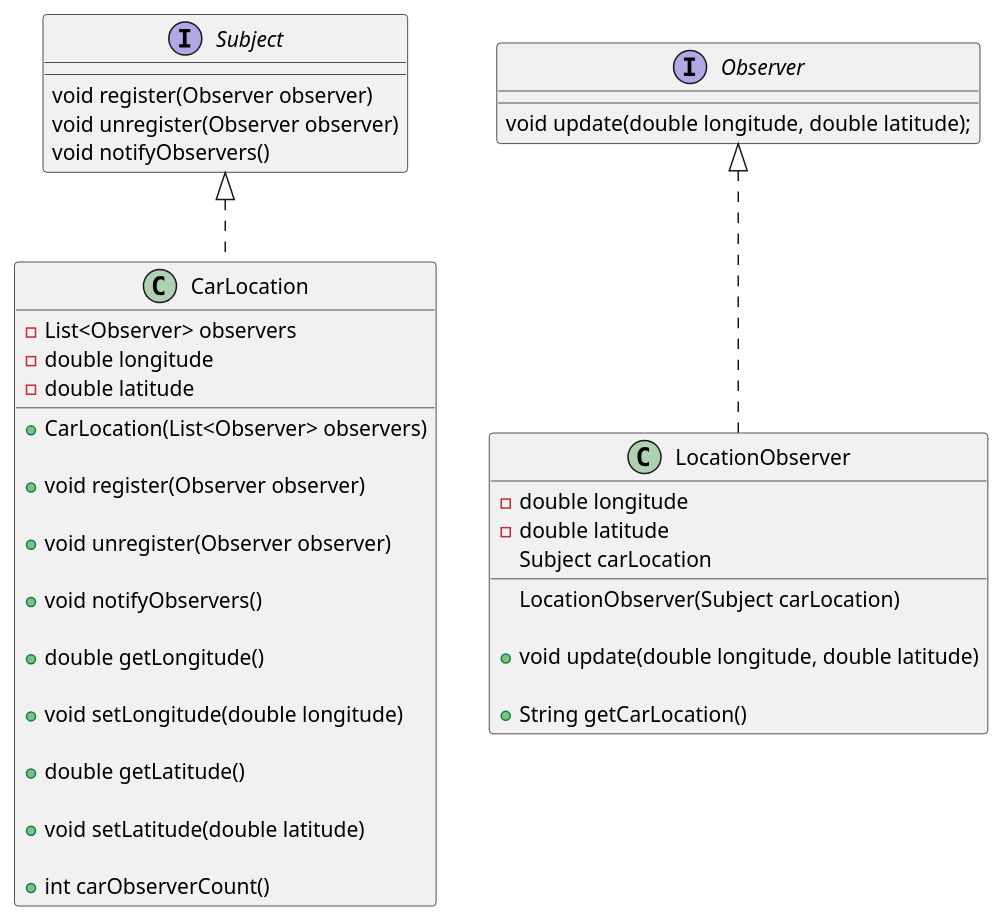
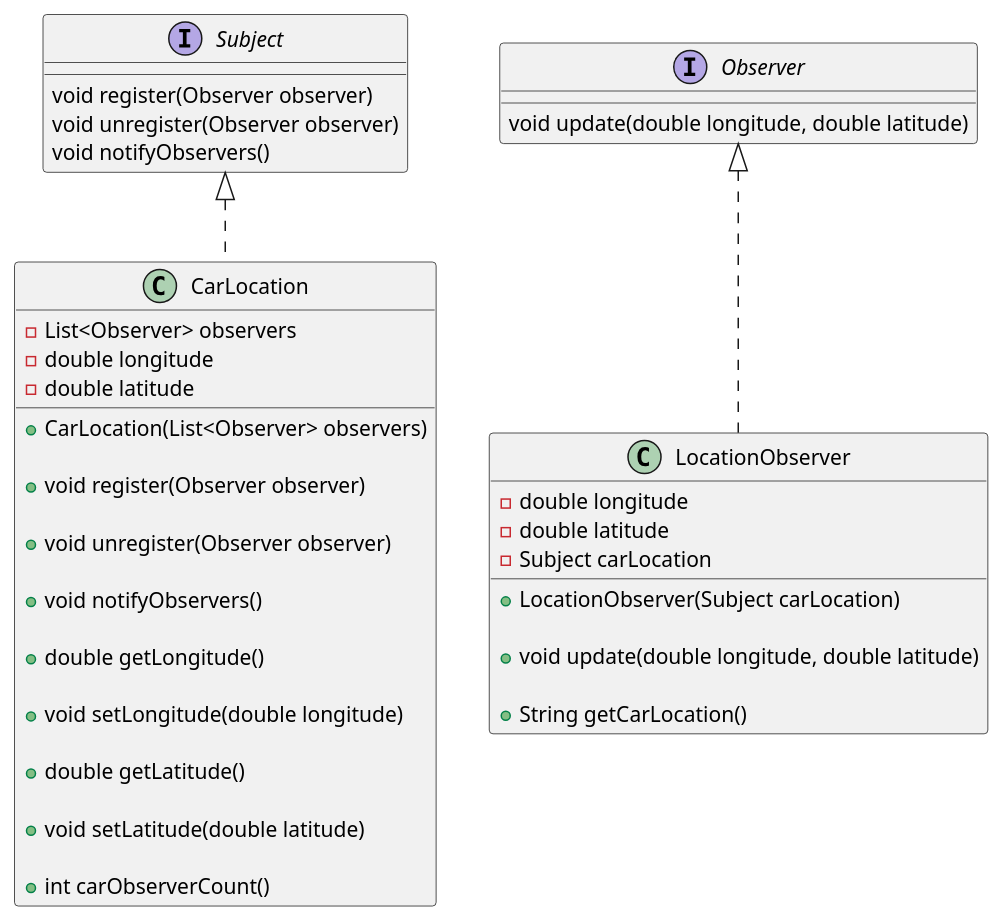
The diagram in plantUML/observer.puml (43Carrig/Design_Patterns_Car), drawn with PlantUML before and after one commit. The commit also changed 3 other files, not shown here.

Commit message:
Further edits to the plantUML's where necessary.

```diff
--- a/plantUML/observer.puml
+++ b/plantUML/observer.puml
@@ -1,49 +1,49 @@
 @startuml
 
 class CarLocation implements Subject {
     - List<Observer> observers
     - double longitude
     - double latitude
 
     + CarLocation(List<Observer> observers)
 
     + void register(Observer observer)
 
     + void unregister(Observer observer)
 
     + void notifyObservers()
 
     + double getLongitude()
 
     + void setLongitude(double longitude)
 
     + double getLatitude()
 
     + void setLatitude(double latitude)
 
     + int carObserverCount()
 }
 
 class LocationObserver implements Observer {
     - double longitude
     - double latitude
-    Subject carLocation
+    - Subject carLocation
 
-    LocationObserver(Subject carLocation)
+    + LocationObserver(Subject carLocation)
 
     + void update(double longitude, double latitude)
 
     + String getCarLocation()
 }
 
 interface Observer {
-    void update(double longitude, double latitude);
+    void update(double longitude, double latitude)
 }
 
 interface Subject {
     void register(Observer observer)
     void unregister(Observer observer)
     void notifyObservers()
 }
 
 @enduml
```
